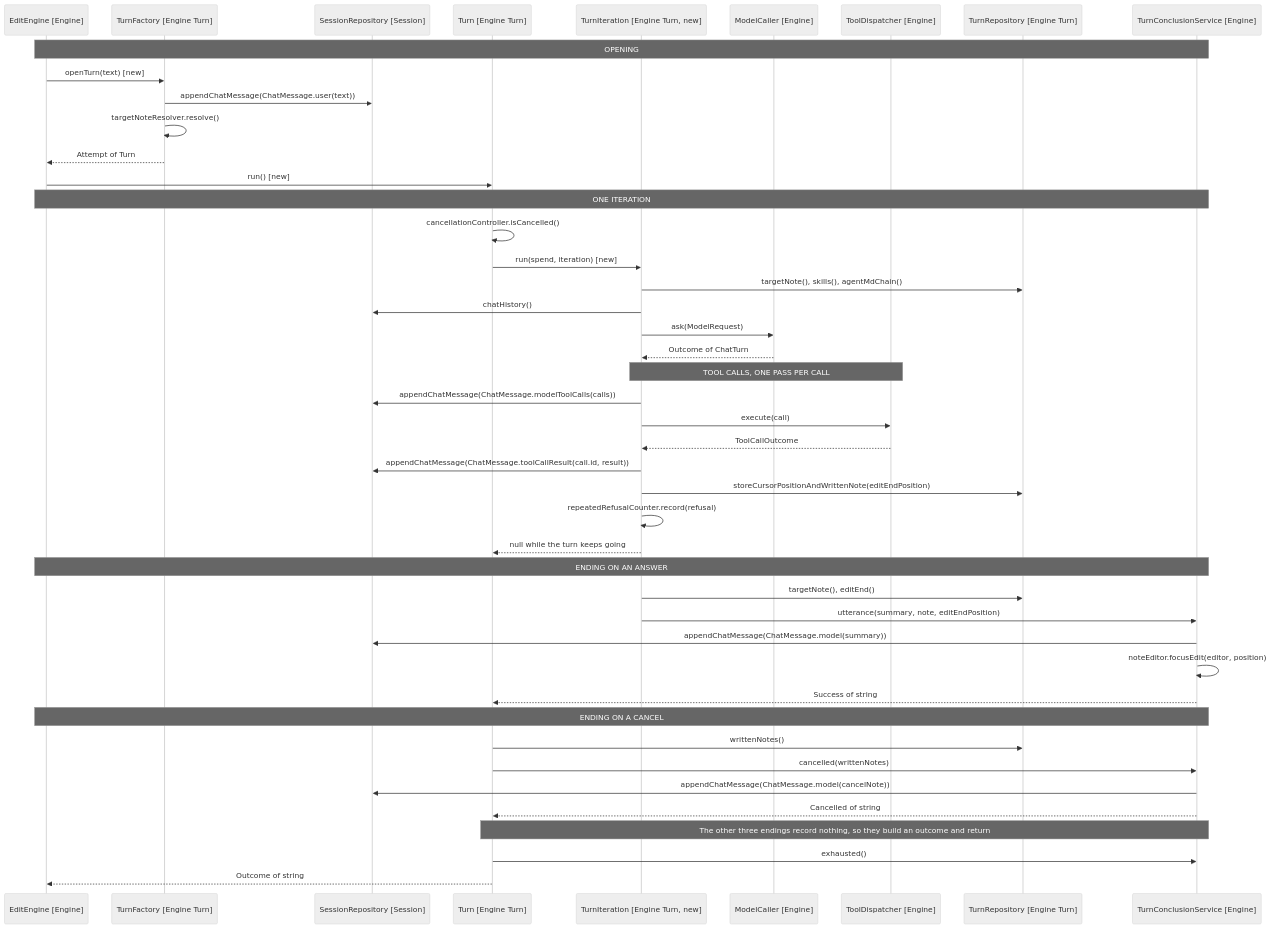
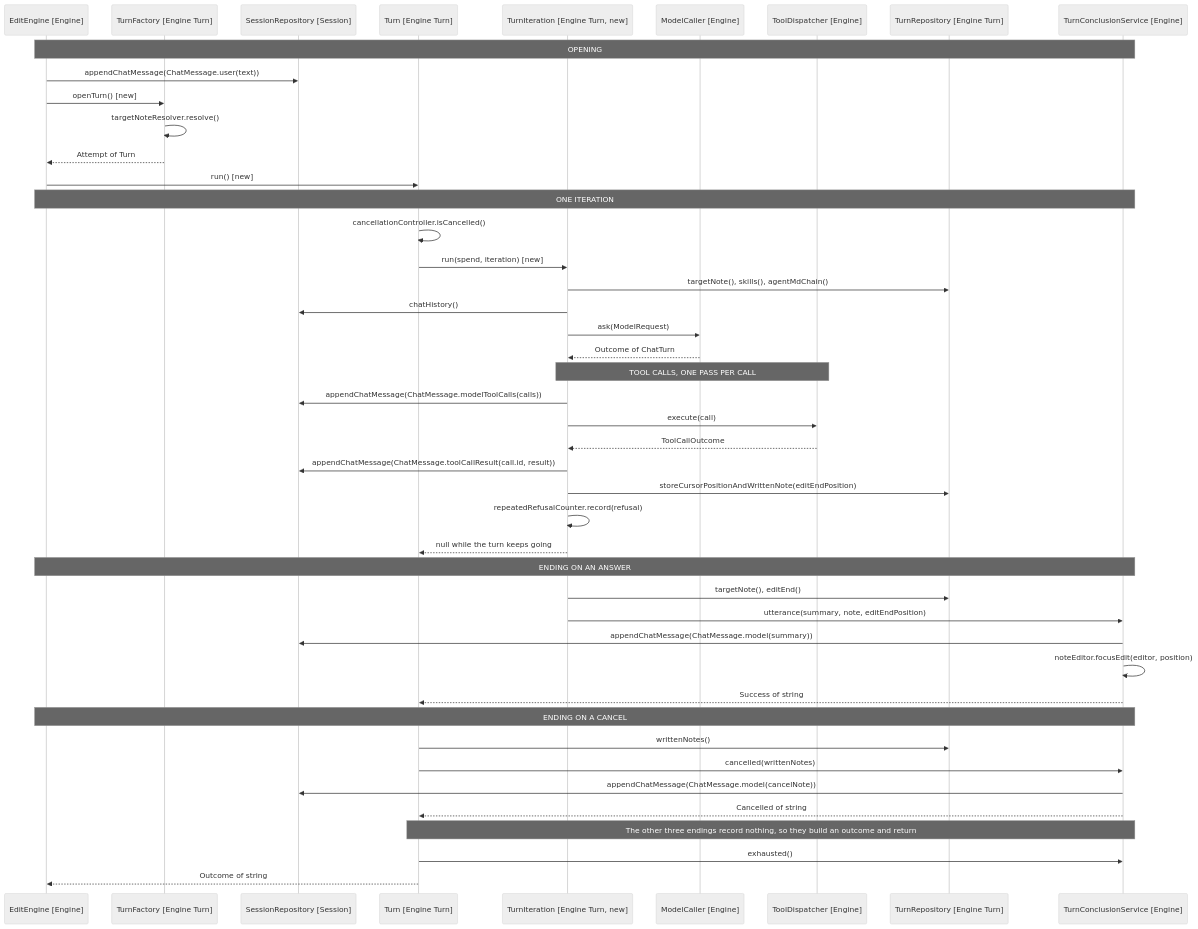
The diagram in docs/spec/17-layering/6-design-turn-sequence.md (iparips/obsidian-owl), drawn with Mermaid (neutral theme) before and after one commit. The commit also changed other lines of this file and 4 other files, not shown here.

````diff
--- a/docs/spec/17-layering/6-design-turn-sequence.md
+++ b/docs/spec/17-layering/6-design-turn-sequence.md
@@ -7,53 +7,53 @@
 ```mermaid
 sequenceDiagram
     participant Engine as EditEngine [Engine]
     participant Factory as TurnFactory [Engine Turn]
     participant Session as SessionRepository [Session]
     participant Turn as Turn [Engine Turn]
     participant Iteration as TurnIteration [Engine Turn, new]
     participant Caller as ModelCaller [Engine]
     participant Dispatcher as ToolDispatcher [Engine]
     participant TurnRepo as TurnRepository [Engine Turn]
     participant Conclusion as TurnConclusionService [Engine]
 
     Note over Engine,Conclusion: OPENING
-    Engine->>Factory: openTurn(text) [new]
-    Factory->>Session: appendChatMessage(ChatMessage.user(text))
+    Engine->>Session: appendChatMessage(ChatMessage.user(text))
+    Engine->>Factory: openTurn() [new]
     Factory->>Factory: targetNoteResolver.resolve()
     Factory-->>Engine: Attempt of Turn
     Engine->>Turn: run() [new]
 
     Note over Engine,Conclusion: ONE ITERATION
     Turn->>Turn: cancellationController.isCancelled()
     Turn->>Iteration: run(spend, iteration) [new]
     Iteration->>TurnRepo: targetNote(), skills(), agentMdChain()
     Iteration->>Session: chatHistory()
     Iteration->>Caller: ask(ModelRequest)
     Caller-->>Iteration: Outcome of ChatTurn
 
     Note over Iteration,Dispatcher: TOOL CALLS, ONE PASS PER CALL
     Iteration->>Session: appendChatMessage(ChatMessage.modelToolCalls(calls))
     Iteration->>Dispatcher: execute(call)
     Dispatcher-->>Iteration: ToolCallOutcome
     Iteration->>Session: appendChatMessage(ChatMessage.toolCallResult(call.id, result))
     Iteration->>TurnRepo: storeCursorPositionAndWrittenNote(editEndPosition)
     Iteration->>Iteration: repeatedRefusalCounter.record(refusal)
     Iteration-->>Turn: null while the turn keeps going
 
     Note over Engine,Conclusion: ENDING ON AN ANSWER
     Iteration->>TurnRepo: targetNote(), editEnd()
     Iteration->>Conclusion: utterance(summary, note, editEndPosition)
     Conclusion->>Session: appendChatMessage(ChatMessage.model(summary))
     Conclusion->>Conclusion: noteEditor.focusEdit(editor, position)
     Conclusion-->>Turn: Success of string
 
     Note over Engine,Conclusion: ENDING ON A CANCEL
     Turn->>TurnRepo: writtenNotes()
     Turn->>Conclusion: cancelled(writtenNotes)
     Conclusion->>Session: appendChatMessage(ChatMessage.model(cancelNote))
     Conclusion-->>Turn: Cancelled of string
 
     Note over Turn,Conclusion: The other three endings record nothing, so they build an outcome and return
     Turn->>Conclusion: exhausted()
     Turn-->>Engine: Outcome of string
 ```
````
